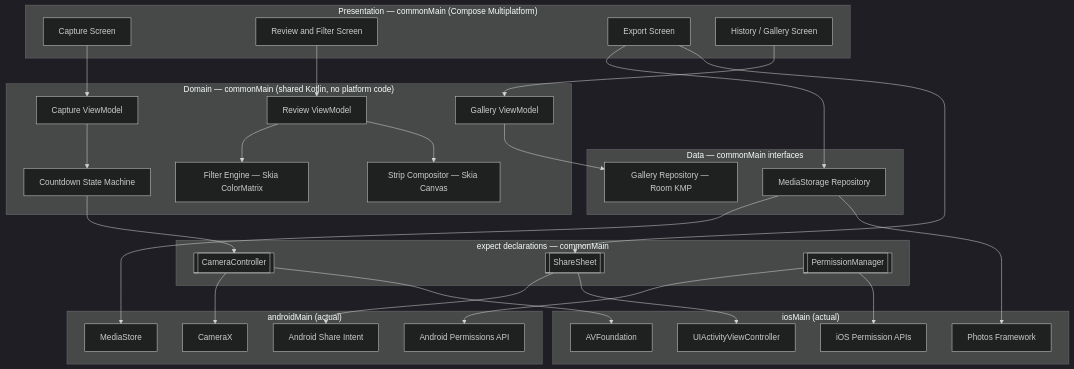
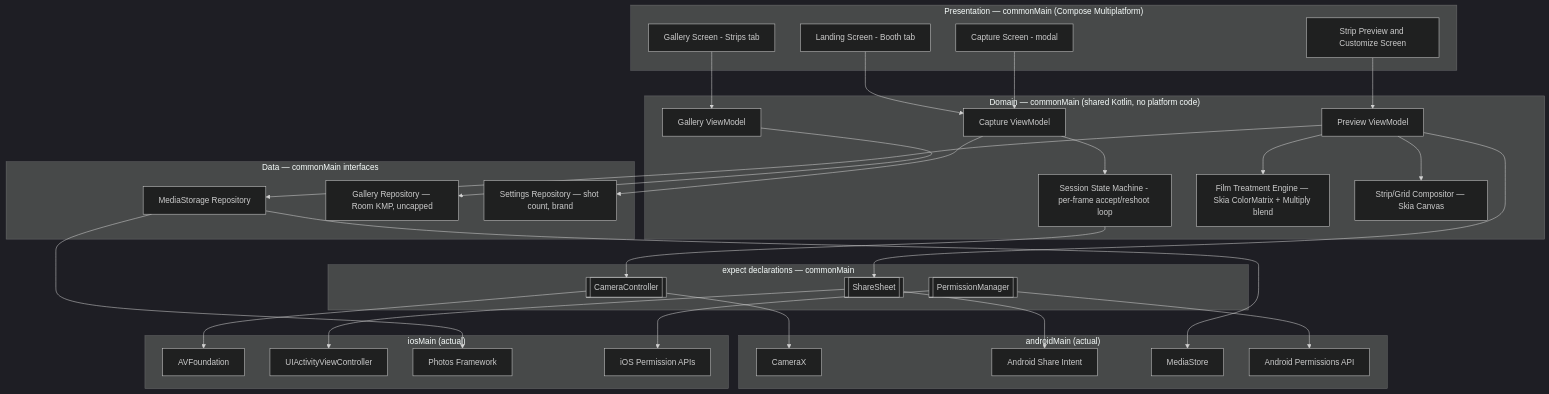
The first of 3 diagrams in architecture.md (dhruv-d02/Photobooth), drawn with Mermaid (dark theme) before and after one commit. The commit also changed other lines of this file and 6 other files, not shown here.

First line of the commit message:
Integrate design handoff into architecture and CLAUDE.md

````diff
--- a/architecture.md
+++ b/architecture.md
@@ -11,59 +15,62 @@
 ```mermaid
 graph TB
     subgraph Presentation["Presentation — commonMain (Compose Multiplatform)"]
-        CaptureScreen[Capture Screen]
-        ReviewScreen[Review and Filter Screen]
-        ExportScreen[Export Screen]
-        HistoryScreen[History / Gallery Screen]
+        LandingScreen[Landing Screen - Booth tab]
+        CaptureScreen[Capture Screen - modal]
+        PreviewScreen[Strip Preview and Customize Screen]
+        GalleryScreen[Gallery Screen - Strips tab]
     end
 
     subgraph Domain["Domain — commonMain (shared Kotlin, no platform code)"]
-        CountdownSM[Countdown State Machine]
-        FilterEngine[Filter Engine — Skia ColorMatrix]
-        Compositor[Strip Compositor — Skia Canvas]
+        SessionSM[Session State Machine - per-frame accept/reshoot loop]
+        FilmTreatmentEngine[Film Treatment Engine — Skia ColorMatrix + Multiply blend]
+        Compositor[Strip/Grid Compositor — Skia Canvas]
         CaptureVM[Capture ViewModel]
-        ReviewVM[Review ViewModel]
+        PreviewVM[Preview ViewModel]
         GalleryVM[Gallery ViewModel]
     end
 
     subgraph Data["Data — commonMain interfaces"]
         MediaRepo[MediaStorage Repository]
-        GalleryRepo[Gallery Repository — Room KMP]
+        GalleryRepo[Gallery Repository — Room KMP, uncapped]
+        SettingsRepo[Settings Repository — shot count, brand]
     end
 
     subgraph PlatformIfaces["expect declarations — commonMain"]
         CamIface[[CameraController]]
         ShareIface[[ShareSheet]]
         PermIface[[PermissionManager]]
     end
 
     subgraph Android["androidMain (actual)"]
         CameraX[CameraX]
         AndroidShare[Android Share Intent]
         MediaStoreImpl[MediaStore]
         AndroidPerms[Android Permissions API]
     end
 
     subgraph iOS["iosMain (actual)"]
         AVFoundation[AVFoundation]
         IOSShare[UIActivityViewController]
         PhotosImpl[Photos Framework]
         IOSPerms[iOS Permission APIs]
     end
 
-    CaptureScreen --> CaptureVM --> CountdownSM --> CamIface
-    ReviewScreen --> ReviewVM --> FilterEngine
-    ReviewVM --> Compositor
-    ExportScreen --> MediaRepo
-    ExportScreen --> ShareIface
-    HistoryScreen --> GalleryVM --> GalleryRepo
+    LandingScreen --> CaptureVM
+    CaptureScreen --> CaptureVM --> SessionSM --> CamIface
+    CaptureVM --> SettingsRepo
+    PreviewScreen --> PreviewVM --> FilmTreatmentEngine
+    PreviewVM --> Compositor
+    PreviewVM --> MediaRepo
+    PreviewVM --> ShareIface
+    GalleryScreen --> GalleryVM --> GalleryRepo
 
     CamIface --> CameraX
     CamIface --> AVFoundation
     ShareIface --> AndroidShare
     ShareIface --> IOSShare
     MediaRepo --> MediaStoreImpl
     MediaRepo --> PhotosImpl
     PermIface --> AndroidPerms
     PermIface --> IOSPerms
 ```
````
